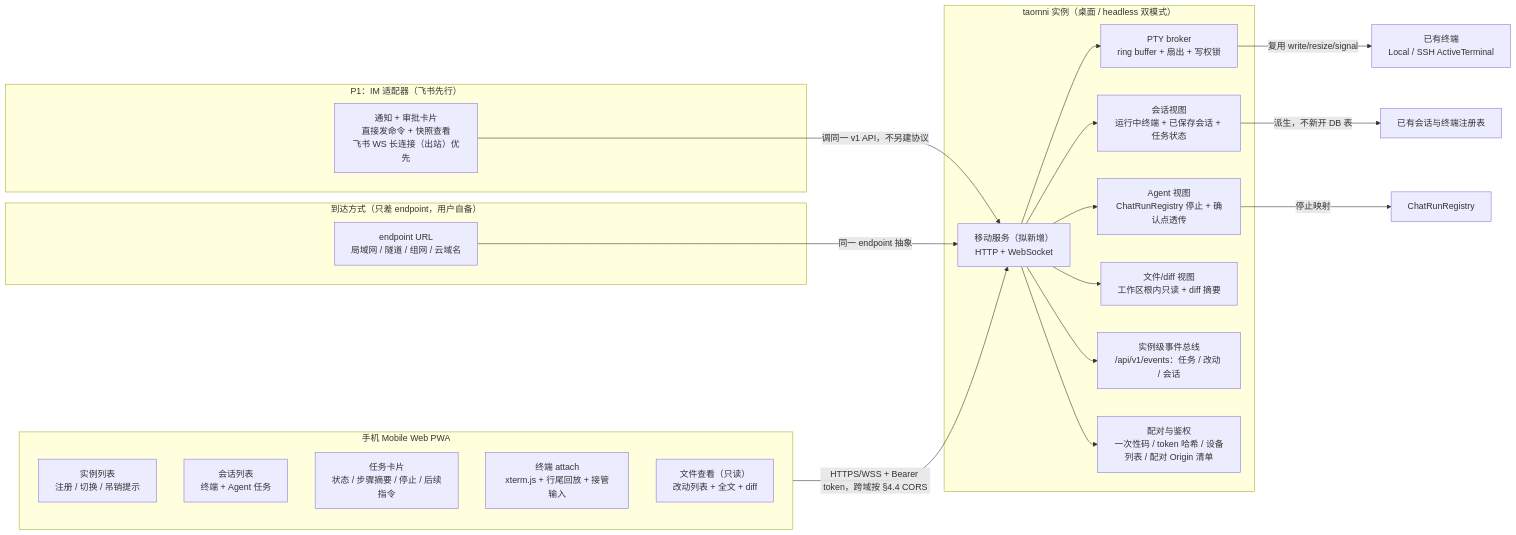
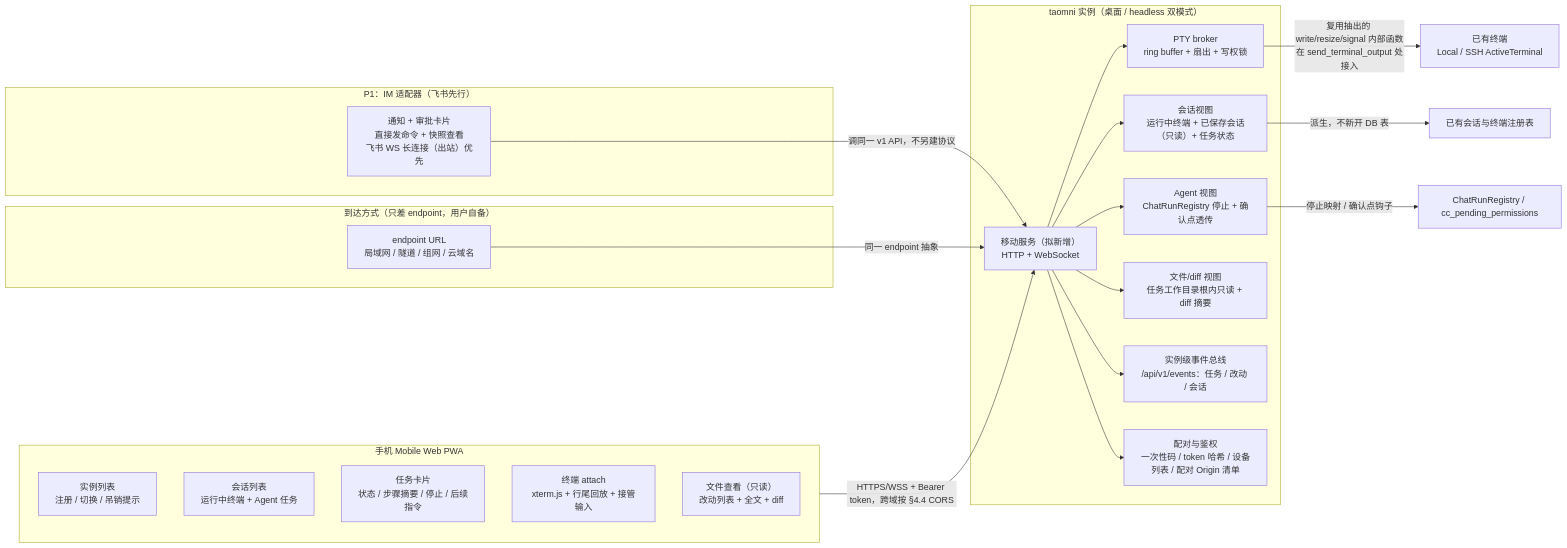
One commit to engcapa/taomni changed the diagram in docs-feature/mobile-remote-p0-design.md. Above: the diagram before and after it, drawn with Mermaid. The commit also changed other lines of this file, not shown here.

````diff
--- a/docs-feature/mobile-remote-p0-design.md
+++ b/docs-feature/mobile-remote-p0-design.md
@@ -78,32 +164,32 @@
 ```mermaid
 flowchart LR
   subgraph Mobile["手机 Mobile Web PWA"]
     IL["实例列表<br/>注册 / 切换 / 吊销提示"]
-    SL["会话列表<br/>终端 + Agent 任务"]
+    SL["会话列表<br/>运行中终端 + Agent 任务"]
     TC["任务卡片<br/>状态 / 步骤摘要 / 停止 / 后续指令"]
     TV["终端 attach<br/>xterm.js + 行尾回放 + 接管输入"]
     FV["文件查看（只读）<br/>改动列表 + 全文 + diff"]
   end
   subgraph Instance["taomni 实例（桌面 / headless 双模式）"]
     MS["移动服务（拟新增）<br/>HTTP + WebSocket"]
     PB["PTY broker<br/>ring buffer + 扇出 + 写权锁"]
-    SV["会话视图<br/>运行中终端 + 已保存会话 + 任务状态"]
+    SV["会话视图<br/>运行中终端 + 已保存会话（只读）+ 任务状态"]
     AV["Agent 视图<br/>ChatRunRegistry 停止 + 确认点透传"]
-    FV2["文件/diff 视图<br/>工作区根内只读 + diff 摘要"]
+    FV2["文件/diff 视图<br/>任务工作目录根内只读 + diff 摘要"]
     EV["实例级事件总线<br/>/api/v1/events：任务 / 改动 / 会话"]
     PR["配对与鉴权<br/>一次性码 / token 哈希 / 设备列表 / 配对 Origin 清单"]
   end
   subgraph IM["P1：IM 适配器（飞书先行）"]
     IMN["通知 + 审批卡片<br/>直接发命令 + 快照查看<br/>飞书 WS 长连接（出站）优先"]
   end
   subgraph Reach["到达方式（只差 endpoint，用户自备）"]
     EP["endpoint URL<br/>局域网 / 隧道 / 组网 / 云域名"]
   end
   Mobile -->|"HTTPS/WSS + Bearer token，跨域按 §4.4 CORS"| MS
   IMN -->|"调同一 v1 API，不另建协议"| MS
   MS --> PB & SV & AV & FV2 & EV & PR
-  PB -->|"复用 write/resize/signal"| PTY["已有终端<br/>Local / SSH ActiveTerminal"]
+  PB -->|"复用抽出的 write/resize/signal 内部函数<br/>在 send_terminal_output 处接入"| PTY["已有终端<br/>Local / SSH ActiveTerminal"]
   SV -->|"派生，不新开 DB 表"| SESS["已有会话与终端注册表"]
-  AV -->|"停止映射"| RUN["ChatRunRegistry"]
+  AV -->|"停止映射 / 确认点钩子"| RUN["ChatRunRegistry / cc_pending_permissions"]
   EP -->|"同一 endpoint 抽象"| MS
 ```
````
